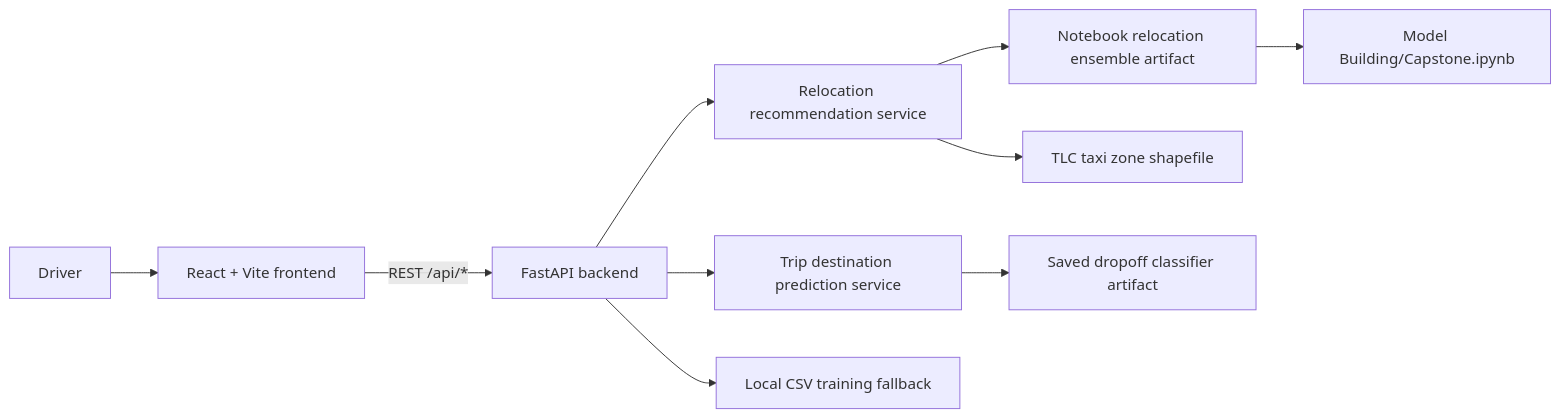
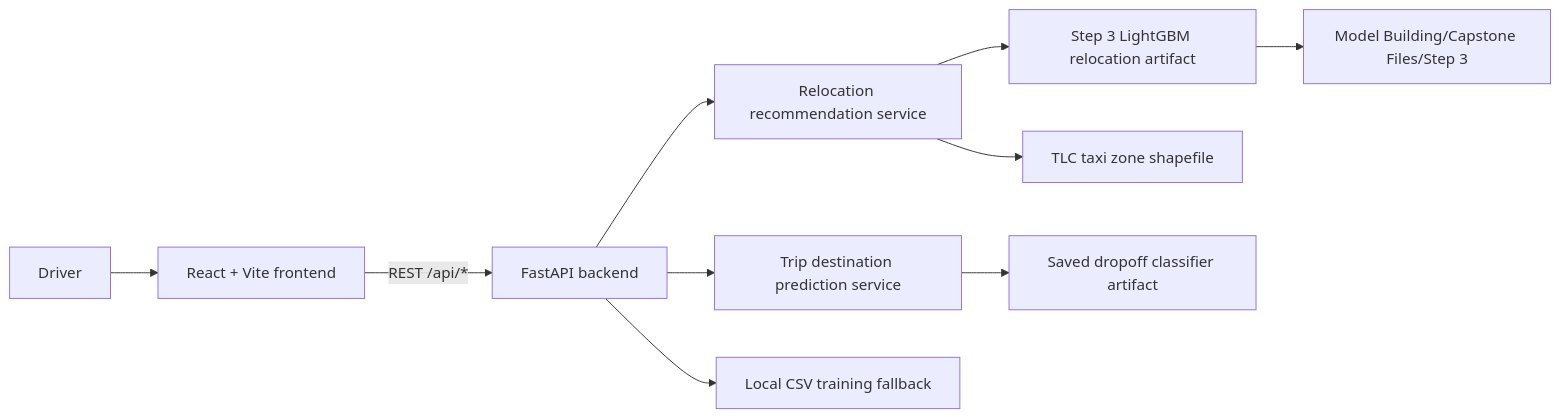
One commit to BodrulJalal/Rideshare-Decision-ML changed the first of 3 diagrams in README.md. Above: the diagram before and after it, drawn with Mermaid. The commit also changed other lines of this file and 23 other files, not shown here.

````diff
--- a/README.md
+++ b/README.md
@@ -12,12 +12,12 @@
 ```mermaid
 flowchart LR
     Driver[Driver] --> UI[React + Vite frontend]
     UI -->|REST /api/*| API[FastAPI backend]
     API --> Relocation[Relocation recommendation service]
     API --> Trip[Trip destination prediction service]
-    Relocation --> RelocationArtifact[Notebook relocation ensemble artifact]
+    Relocation --> RelocationArtifact[Step 3 LightGBM relocation artifact]
     Relocation --> ZoneShapes[TLC taxi zone shapefile]
     Trip --> TripArtifact[Saved dropoff classifier artifact]
     API --> LocalData[Local CSV training fallback]
-    RelocationArtifact --> Notebook[Model Building/Capstone.ipynb]
+    RelocationArtifact --> Notebook[Model Building/Capstone Files/Step 3]
 ```
````
